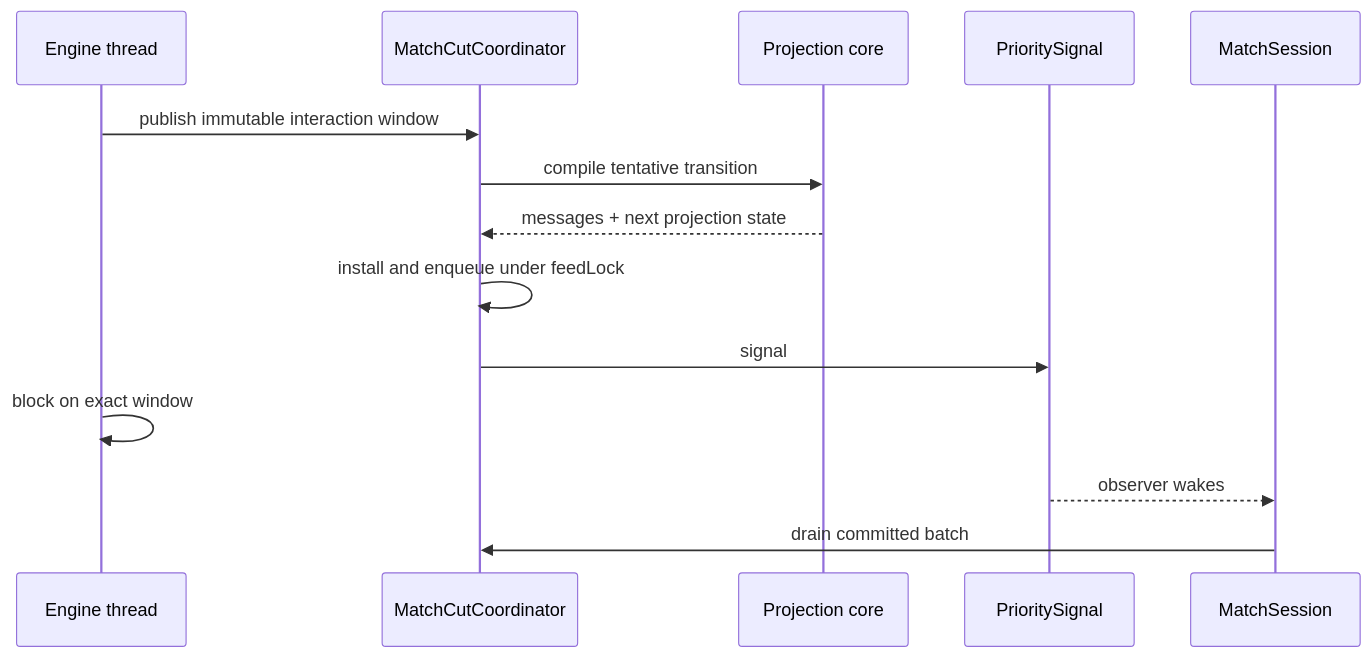
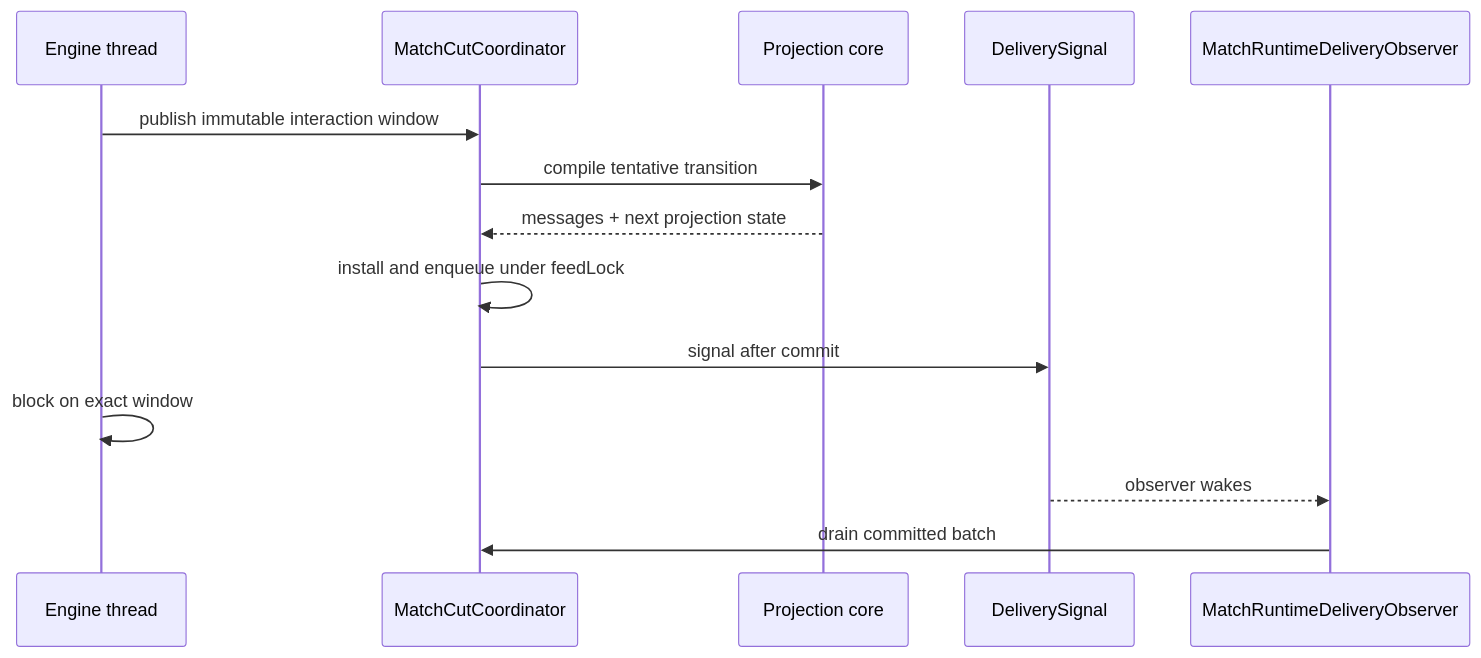
Before and after one commit to delebedev/leyline: the diagram in docs/bridge-threading.md, drawn with Mermaid. The commit also changed other lines of this file and 105 other files, not shown here.

First line of the commit message:
Replace session auto-advance with runtime continuation (#479)

````diff
--- a/docs/bridge-threading.md
+++ b/docs/bridge-threading.md
@@ -89,17 +104,17 @@
 ```mermaid
 sequenceDiagram
     participant E as Engine thread
     participant C as MatchCutCoordinator
     participant P as Projection core
-    participant S as PrioritySignal
-    participant M as MatchSession
+    participant S as DeliverySignal
+    participant M as MatchRuntimeDeliveryObserver
 
     E->>C: publish immutable interaction window
     C->>P: compile tentative transition
     P-->>C: messages + next projection state
     C->>C: install and enqueue under feedLock
-    C->>S: signal
+    C->>S: signal after commit
     E->>E: block on exact window
     S-->>M: observer wakes
     M->>C: drain committed batch
 ```
````
